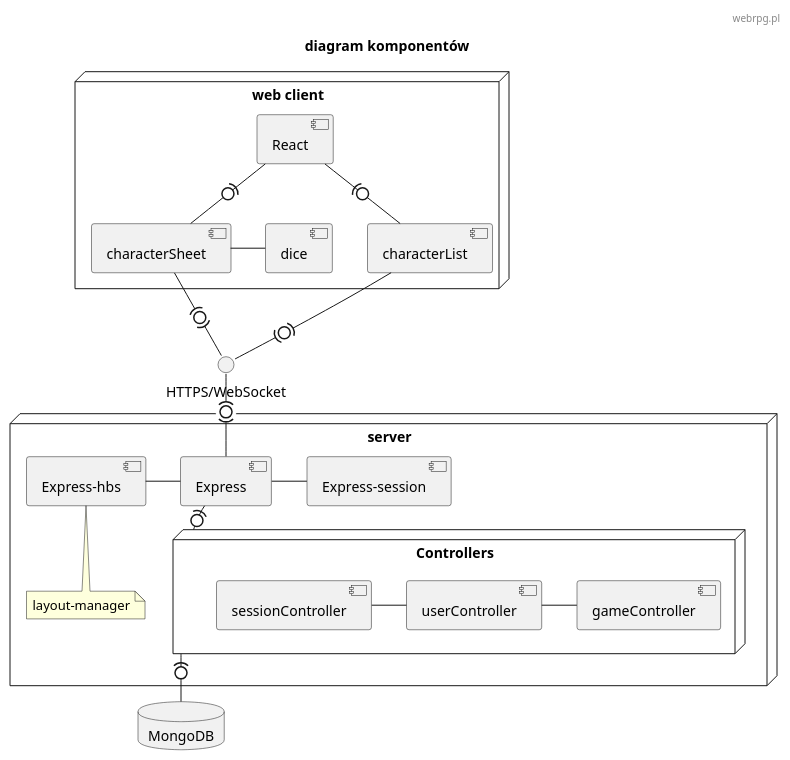
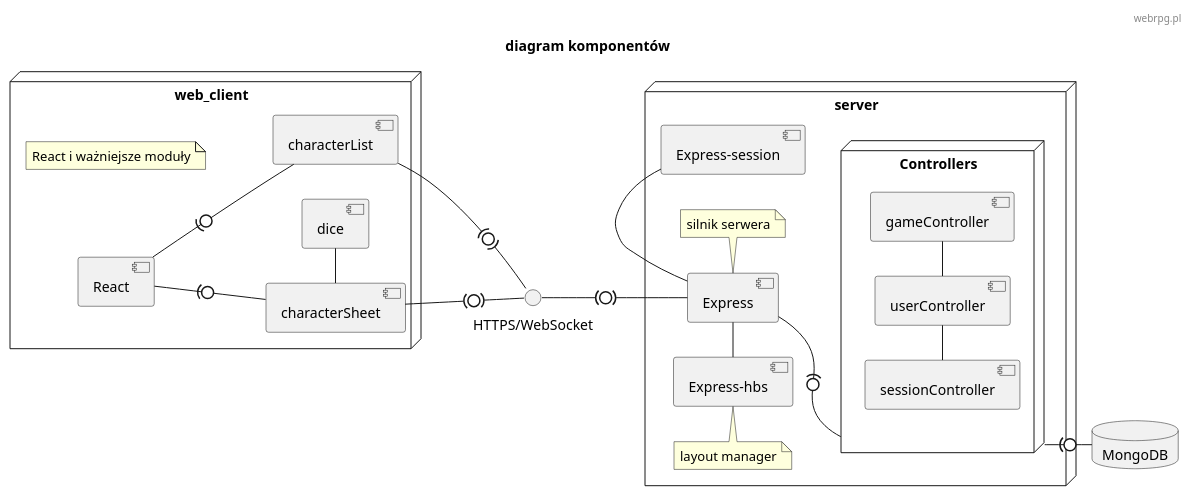
The diagram in diagrams/diagram_komponentów.plantuml (TheVivent-Politechnika-Lodzka/io_webrpg), drawn with PlantUML before and after one commit. The commit also changed 2 other files, not shown here.

```diff
--- a/diagrams/diagram_komponentów.plantuml
+++ b/diagrams/diagram_komponentów.plantuml
@@ -1,41 +1,46 @@
 @startuml
 skinparam defaultFontName "Comic Sans MS"
 header webrpg.pl
 title "diagram komponentów"
-'left to right direction
+left to right direction
 
 interface "HTTPS/WebSocket" as HTTPS
 
-node "web client" {
-    '[View] <-- HTTPS
+node web_client {
+    note as N1
+        React i ważniejsze moduły
+    end note
     [React] -(0- [characterSheet] 
     [React] -(0- [characterList]
     [characterSheet] -(0)- HTTPS
     [characterSheet] - [dice]
     [characterList] -(0)- HTTPS
 
 }
 
 node "server" {
-    
     HTTPS -(0)- [Express]
     [Express-hbs] - [Express]
     [Express] - [Express-session]
-    note bottom of [Express-hbs]
-        layout-manager
+
+    note top of [Express-hbs]
+        layout manager
     end note
 
+    note bottom of [Express]
+        silnik serwera
+    end note
 
     [Express] -(0- Controllers
     node Controllers {
         [sessionController] - [userController]
         [userController] - [gameController]
     }
 
 }
 
 
 database "MongoDB"
 Controllers -(0- MongoDB
 
 @enduml
```
